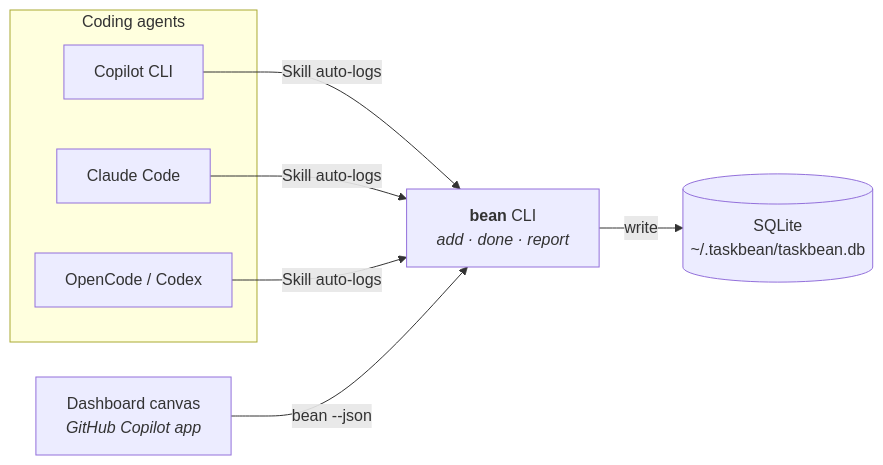
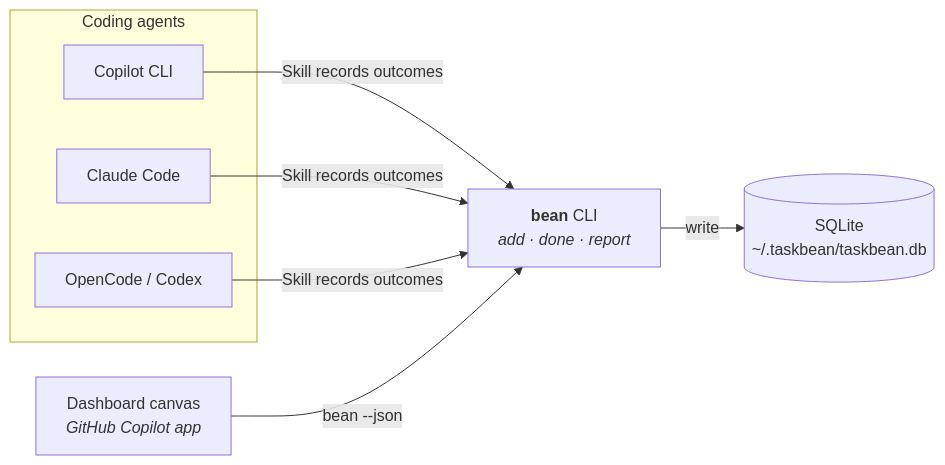
Before and after one commit to taskbean/taskbean: the diagram in README.md, drawn with Mermaid. The commit also changed other lines of this file and 24 other files, not shown here.

````diff
--- a/README.md
+++ b/README.md
@@ -33,16 +33,16 @@
 ```mermaid
 flowchart LR
     subgraph Agents["Coding agents"]
         A1["Copilot CLI"]
         A2["Claude Code"]
         A3["OpenCode / Codex"]
     end
 
     CLI["<b>bean</b> CLI<br/><i>add · done · report</i>"]
     DB[("SQLite<br/>~/.taskbean/taskbean.db")]
     CANVAS["Dashboard canvas<br/><i>GitHub Copilot app</i>"]
 
-    A1 & A2 & A3 -->|"Skill auto-logs"| CLI
+    A1 & A2 & A3 -->|"Skill records outcomes"| CLI
     CLI -->|write| DB
     CANVAS -->|"bean --json"| CLI
 ```
````
